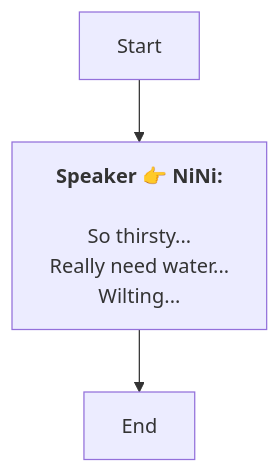
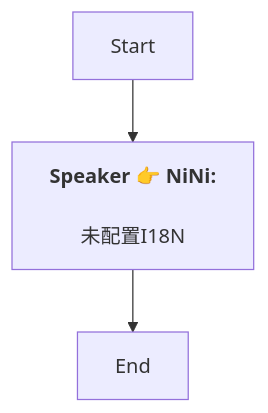
One commit to SoftHu/tos_avg changed the diagram in En/AddDialogNode_1736073415478400.md. Above: the diagram before and after it, drawn with Mermaid. The commit also changed 730 other files, not shown here.

````diff
--- a/En/AddDialogNode_1736073415478400.md
+++ b/En/AddDialogNode_1736073415478400.md
@@ -1,9 +1,7 @@
 ```mermaid
 graph
 Start -->1738905237015706[<b>Speaker 👉 NiNi:</b>
-\nSo thirsty... 
-Really need water...  
-Wilting...]
+\n未配置I18N]
 1738905237015706 -->1738905233534105[End]
 
 ```
````
